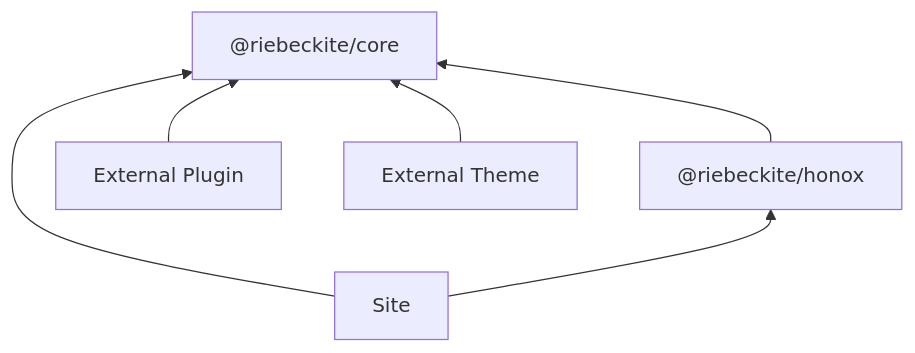
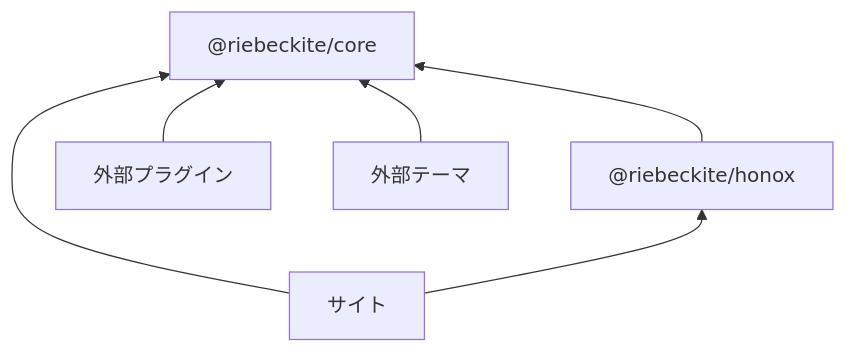
The second of 4 diagrams in docs/docs/reference/README.ja.md (Rerurate514/riebeckite), drawn with Mermaid before and after one commit. The commit also changed other lines of this file and 310 other files, not shown here.

````diff
--- a/docs/docs/reference/README.ja.md
+++ b/docs/docs/reference/README.ja.md
@@ -119,15 +109,15 @@
 ```mermaid id="65lzss"
 flowchart BT
-    Site["Site"]
-    ExternalPlugin["External Plugin"]
-    ExternalTheme["External Theme"]
+    Site["サイト"]
+    ExternalPlugin["外部プラグイン"]
+    ExternalTheme["外部テーマ"]
 
     Honox["@riebeckite/honox"]
     Core["@riebeckite/core"]
 
     Site --> Honox
     Site --> Core
     ExternalPlugin --> Core
     ExternalTheme --> Core
     Honox --> Core
 ```
````
